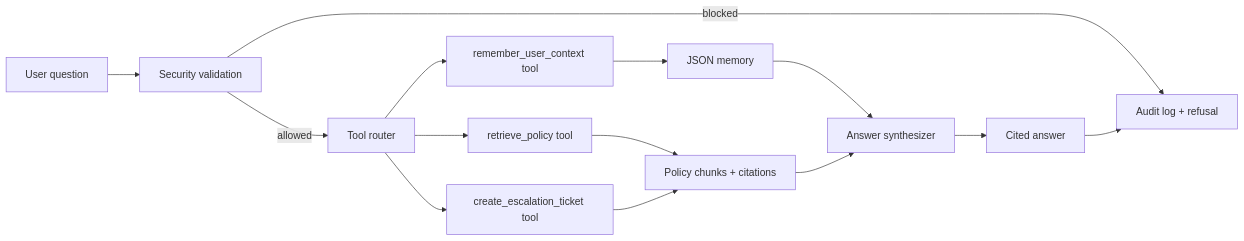
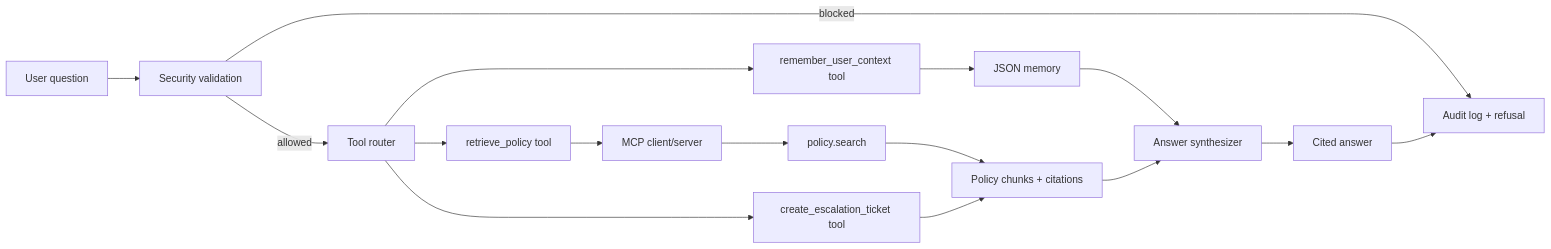
Before and after one commit to AlanYu0321/ml_final_project: the diagram in README.md, drawn with Mermaid. The commit also changed other lines of this file and 13 other files, not shown here.

````diff
--- a/README.md
+++ b/README.md
@@ -44,16 +45,18 @@
 ```mermaid
 flowchart LR
     U[User question] --> S[Security validation]
     S -->|blocked| A[Audit log + refusal]
     S -->|allowed| R[Tool router]
     R --> T1[retrieve_policy tool]
+    T1 --> MCP[MCP client/server]
+    MCP --> PS[policy.search]
+    PS --> C[Policy chunks + citations]
     R --> T2[create_escalation_ticket tool]
     R --> T3[remember_user_context tool]
-    T1 --> C[Policy chunks + citations]
     T2 --> C
     T3 --> M[JSON memory]
     M --> G[Answer synthesizer]
     C --> G
     G --> O[Cited answer]
     O --> A
 ```
````
